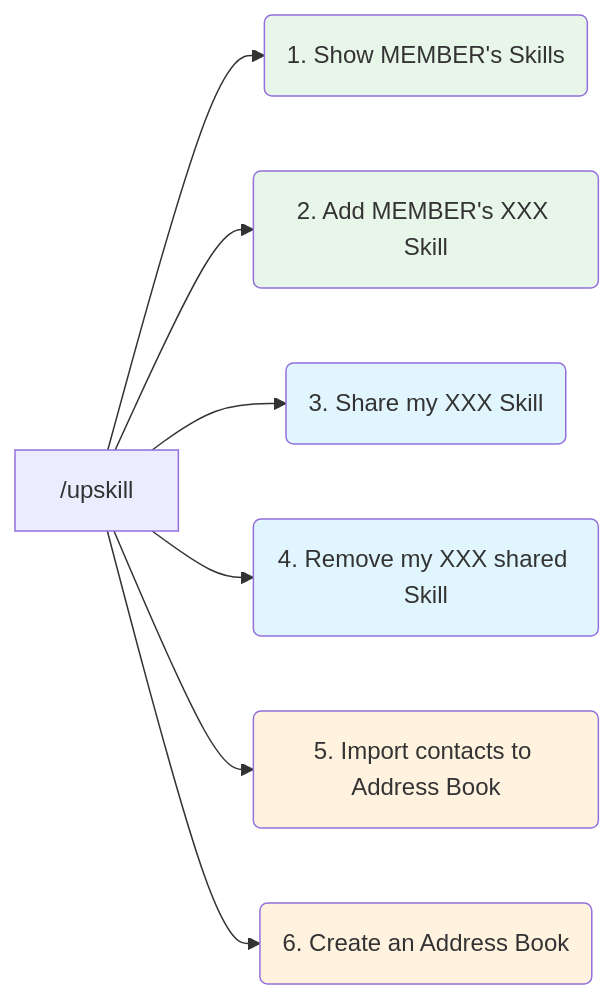
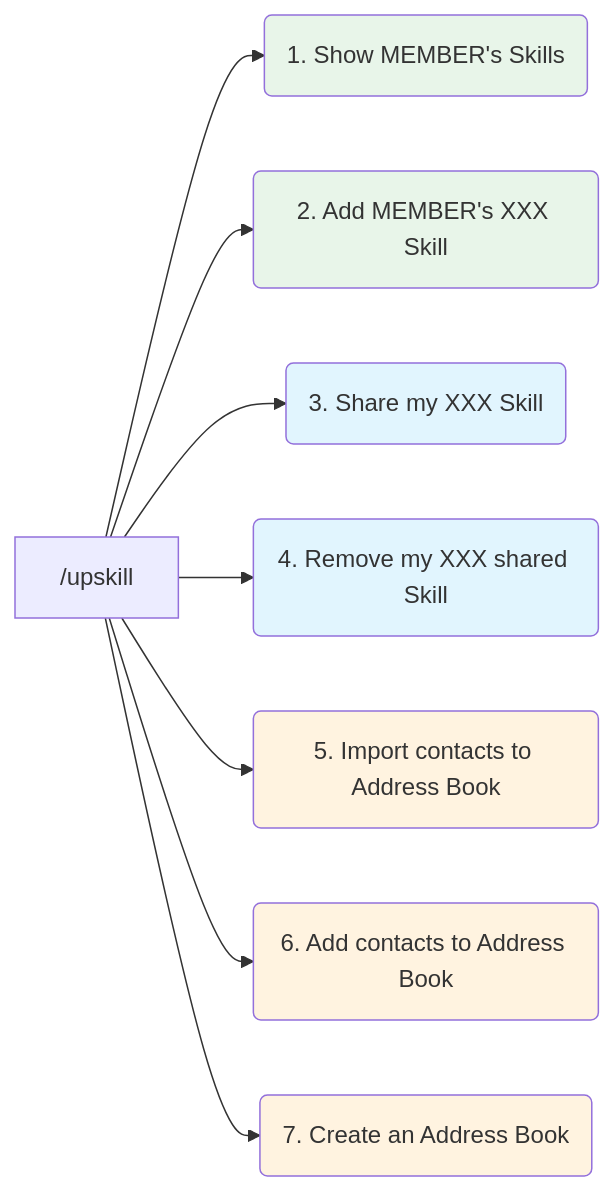
One commit to mingzilla/upskill changed the second of 2 diagrams in usage.md. Above: the diagram before and after it, drawn with Mermaid. The commit also changed other lines of this file and 9 other files, not shown here.

````diff
--- a/usage.md
+++ b/usage.md
@@ -31,23 +31,26 @@
 ```mermaid
 flowchart LR
     ENTRY["/upskill"]
     OPTION1("1. Show MEMBER's Skills")
     OPTION2("2. Add MEMBER's XXX Skill")
     OPTION3("3. Share my XXX Skill")
     OPTION4("4. Remove my XXX shared Skill")
     OPTION5("5. Import contacts to Address Book")
-    OPTION6("6. Create an Address Book")
+    OPTION6("6. Add contacts to Address Book")
+    OPTION7("7. Create an Address Book")
 
     ENTRY --> OPTION1
     ENTRY --> OPTION2
     ENTRY --> OPTION3
     ENTRY --> OPTION4
     ENTRY --> OPTION5
     ENTRY --> OPTION6
+    ENTRY --> OPTION7
     style OPTION1 fill: #e8f5e9
     style OPTION2 fill: #e8f5e9
     style OPTION3 fill: #e1f5fe
     style OPTION4 fill: #e1f5fe
     style OPTION5 fill: #fff3e0
     style OPTION6 fill: #fff3e0
+    style OPTION7 fill: #fff3e0
 ```
````
